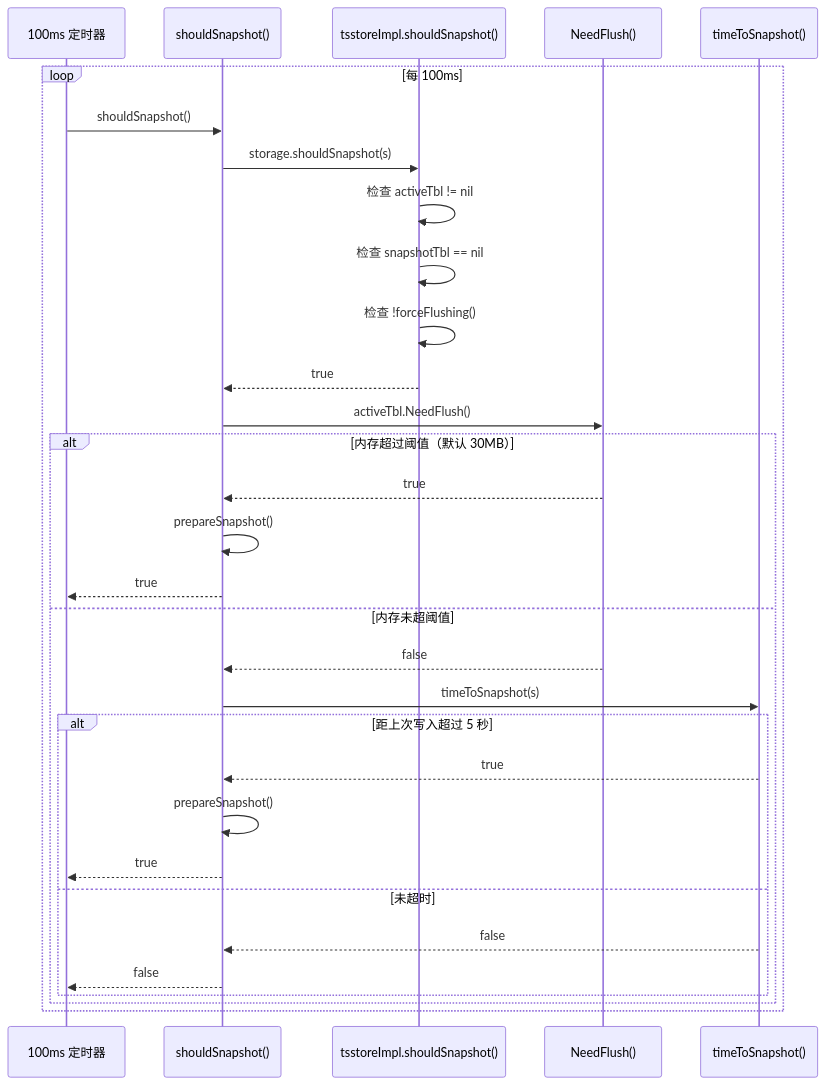
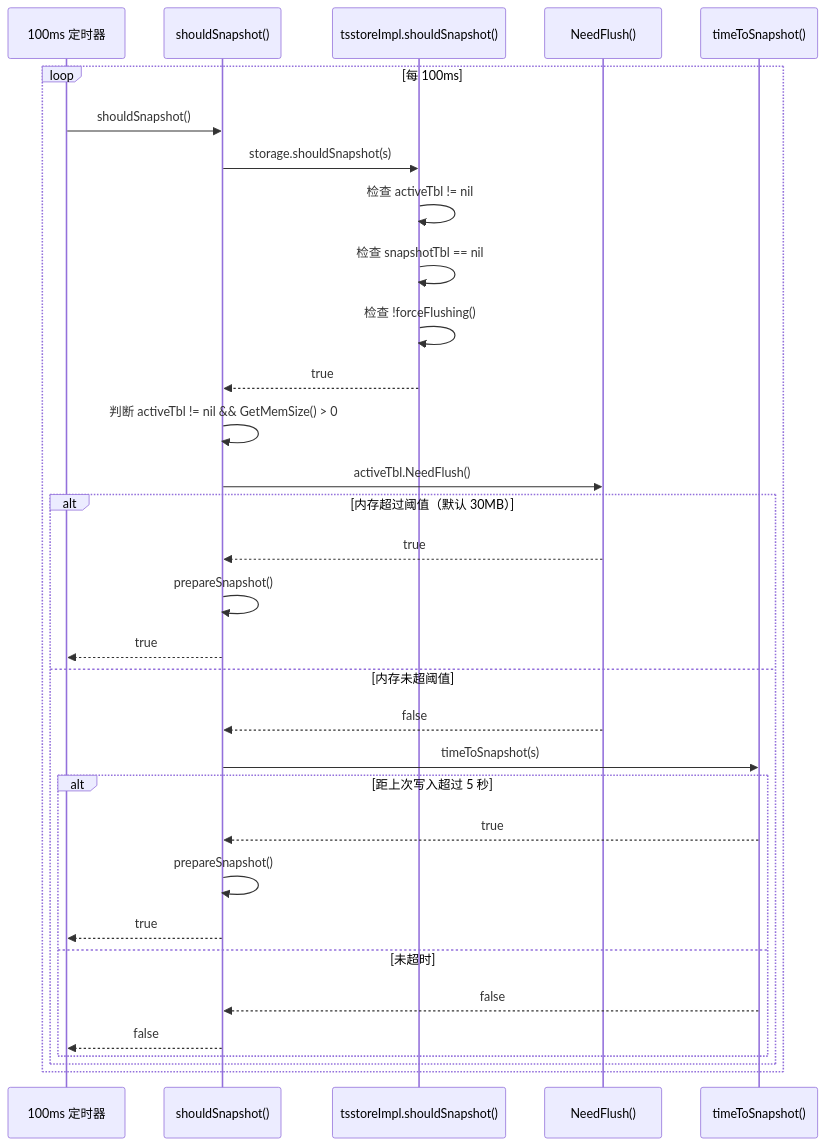
Before and after one commit to stefanv5/openGemini: diagram 11 of 14 in docs/specs/01_write_engine_spec.md, drawn with Mermaid. The commit also changed other lines of this file and 37 other files, not shown here.

````diff
--- a/docs/specs/01_write_engine_spec.md
+++ b/docs/specs/01_write_engine_spec.md
@@ -1546,36 +1601,37 @@
 ```mermaid
 sequenceDiagram
     participant Timer as 100ms 定时器
     participant Should as shouldSnapshot()
     participant Storage as tsstoreImpl.shouldSnapshot()
     participant Size as NeedFlush()
     participant Time as timeToSnapshot()
 
     loop 每 100ms
         Timer->>Should: shouldSnapshot()
         Should->>Storage: storage.shouldSnapshot(s)
 
         Storage->>Storage: 检查 activeTbl != nil
         Storage->>Storage: 检查 snapshotTbl == nil
         Storage->>Storage: 检查 !forceFlushing()
         Storage-->>Should: true
 
+        Should->>Should: 判断 activeTbl != nil && GetMemSize() > 0
         Should->>Size: activeTbl.NeedFlush()
         alt 内存超过阈值（默认 30MB）
             Size-->>Should: true
             Should->>Should: prepareSnapshot()
             Should-->>Timer: true
         else 内存未超阈值
             Size-->>Should: false
             Should->>Time: timeToSnapshot(s)
             alt 距上次写入超过 5 秒
                 Time-->>Should: true
                 Should->>Should: prepareSnapshot()
                 Should-->>Timer: true
             else 未超时
                 Time-->>Should: false
                 Should-->>Timer: false
             end
         end
     end
 ```
````
